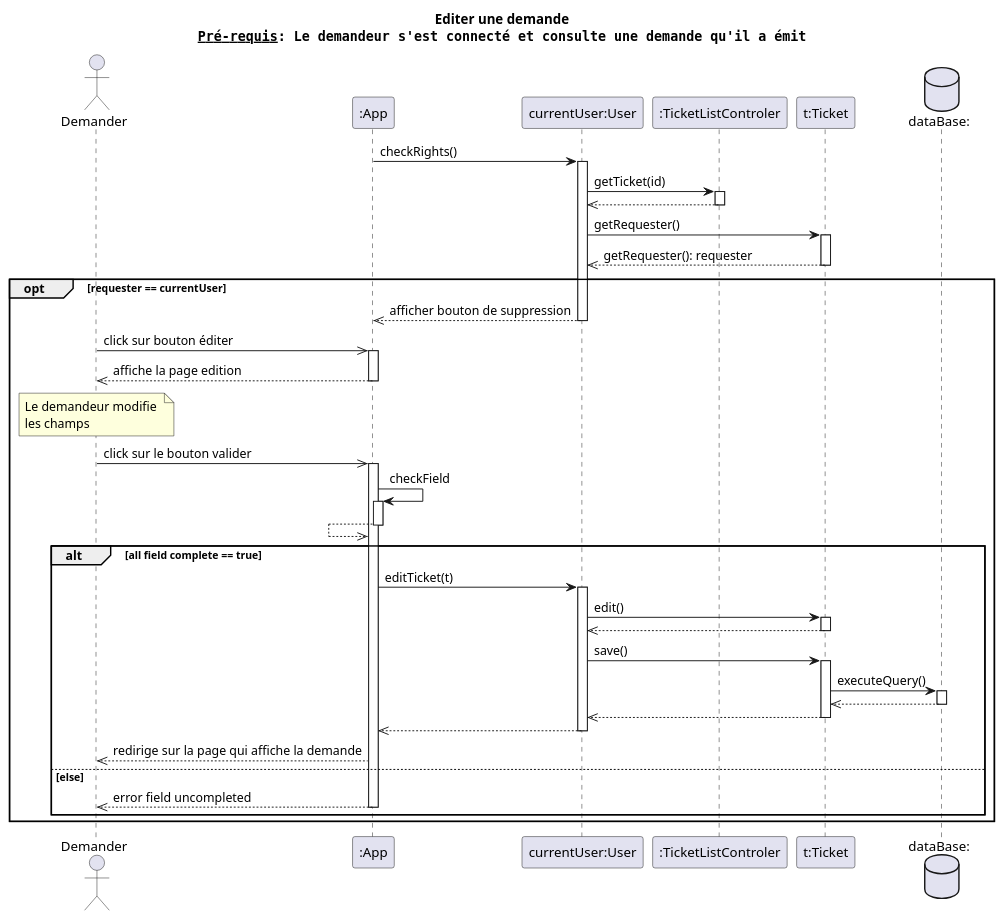
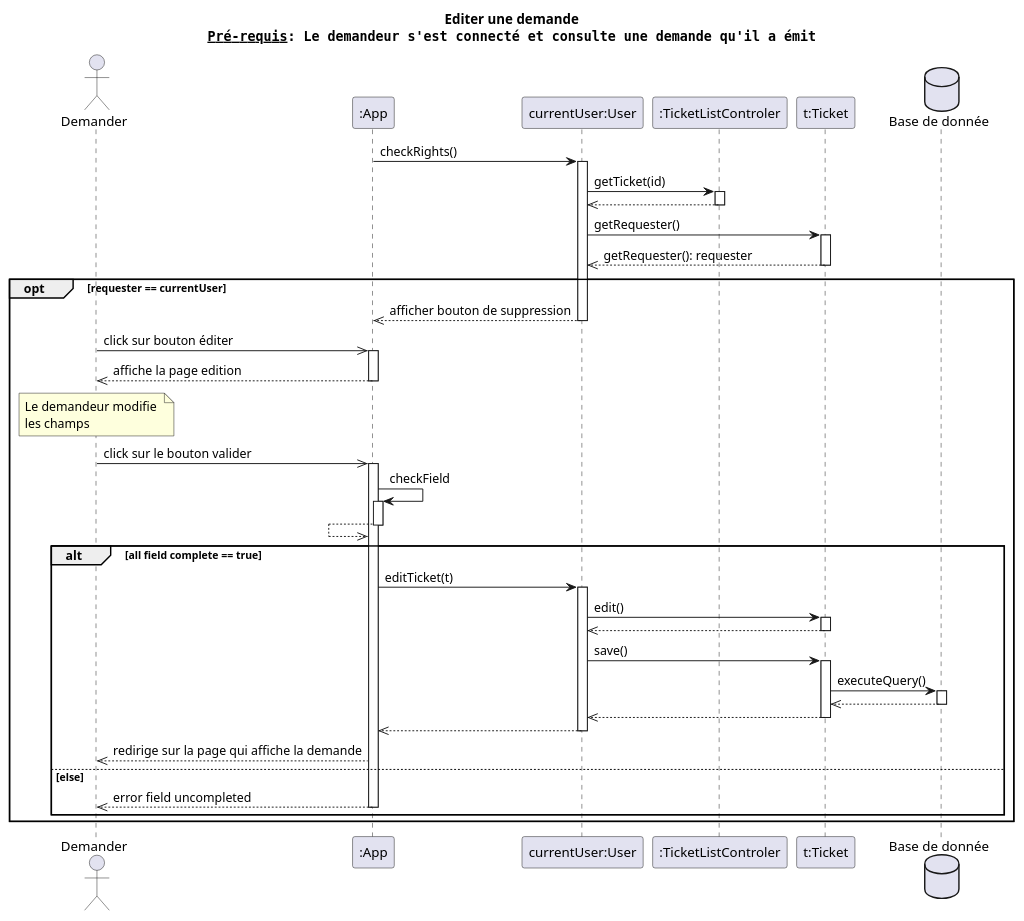
The diagram in docs/UML/diagrammes séquence/editer une demande.puml (dorianleveque/CoHub), drawn with PlantUML before and after one commit. The commit also changed 8 other files, not shown here.

```diff
--- a/docs/UML/diagrammes séquence/editer une demande.puml
+++ b/docs/UML/diagrammes séquence/editer une demande.puml
@@ -1,67 +1,67 @@
 @startuml editer une demande
 title Editer une demande\n""__Pré-requis__: Le demandeur s'est connecté et consulte une demande qu'il a émit""
 
 actor client as "Demander" order 1
 participant app as ":App"   order 2
 participant user as "currentUser:User" order 3
 participant tlc as ":TicketListControler" order 4
 participant ticket as "t:Ticket" order 5
-database bdd as "dataBase:" order 6
+database bdd as "Base de donnée" order 6
 
 app -> user: checkRights()
 activate user
 user -> tlc: getTicket(id)
 activate tlc
 user <<-- tlc
 deactivate tlc
 
 user -> ticket: getRequester()
 activate ticket
 user <<-- ticket : getRequester(): requester
 deactivate ticket
 
 opt requester == currentUser
     app <<-- user: afficher bouton de suppression
     deactivate user
 
 
     client ->> app: click sur bouton éditer
     activate app
     client <<-- app: affiche la page edition
     deactivate app
 
     note over client: Le demandeur modifie \nles champs
     client ->> app: click sur le bouton valider
     activate app
 
     app -> app : checkField
     activate app
     app <<-- app
     deactivate app
     alt all field complete == true
         app -> user: editTicket(t)
         activate user
         user -> ticket: edit()
         activate ticket
         user <<--ticket
         deactivate ticket
 
         user -> ticket: save()
         activate ticket
         ticket -> bdd: executeQuery()
         activate bdd
         ticket <<-- bdd
         deactivate bdd
         user <<-- ticket
         deactivate ticket
         app <<--user
         deactivate user
 
         client <<-- app: redirige sur la page qui affiche la demande
     else else
         client <<-- app: error field uncompleted
         deactivate app
     end
 
 end
 @enduml
```
